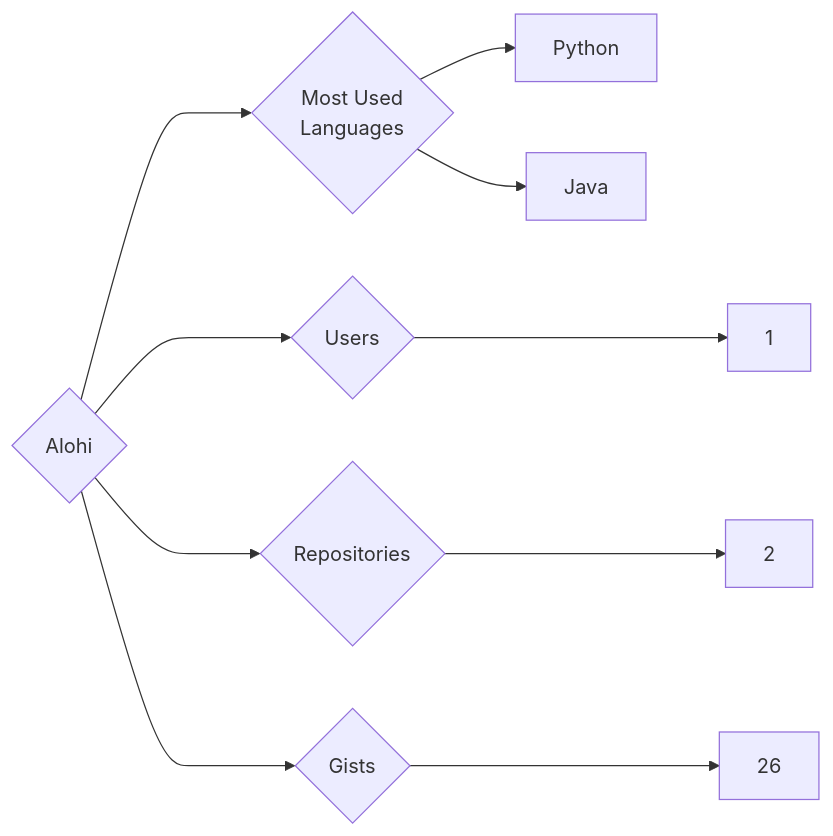
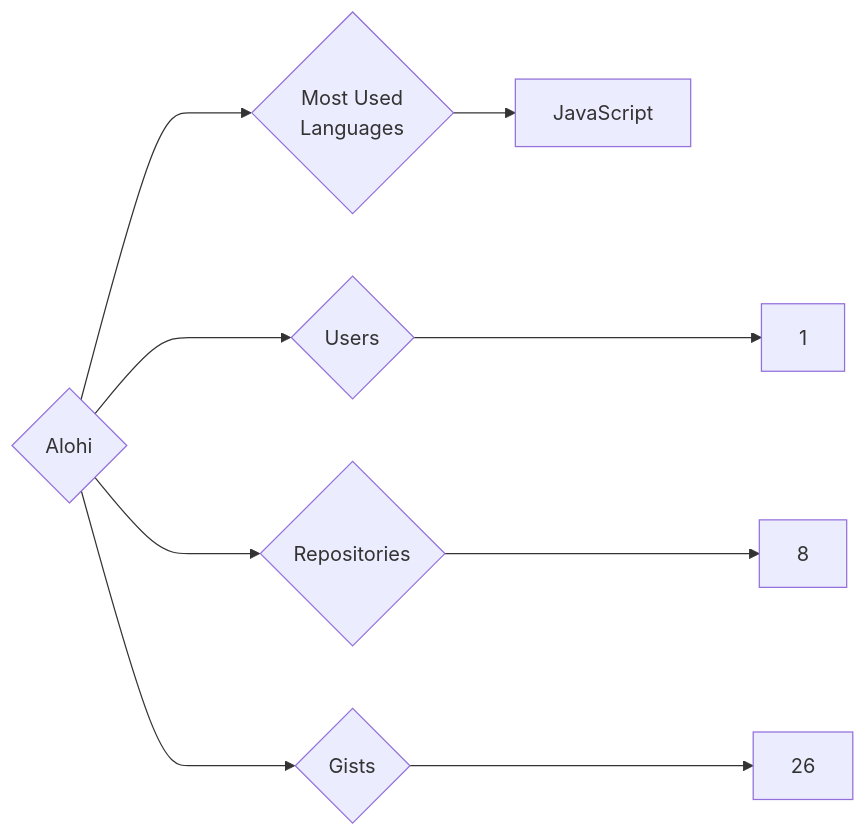
Before and after one commit to trickest/insiders: the diagram in targets/Alohi/README.md, drawn with Mermaid. The commit also changed 1089 other files, not shown here.

````diff
--- a/targets/Alohi/README.md
+++ b/targets/Alohi/README.md
@@ -3,10 +3,9 @@
 ```mermaid
 graph LR
 COMPANY_NAME{Alohi}
 COMPANY_NAME ---> U{Users} ---> UN[1]
-COMPANY_NAME ---> R{Repositories} ---> RN[2]
+COMPANY_NAME ---> R{Repositories} ---> RN[8]
 COMPANY_NAME ---> G{Gists} ---> GN[26]
 COMPANY_NAME ---> ML{Most Used<br>Languages}
-ML --> Python[Python]
-ML --> Java[Java]
+ML --> JavaScript[JavaScript]
 ```
````
